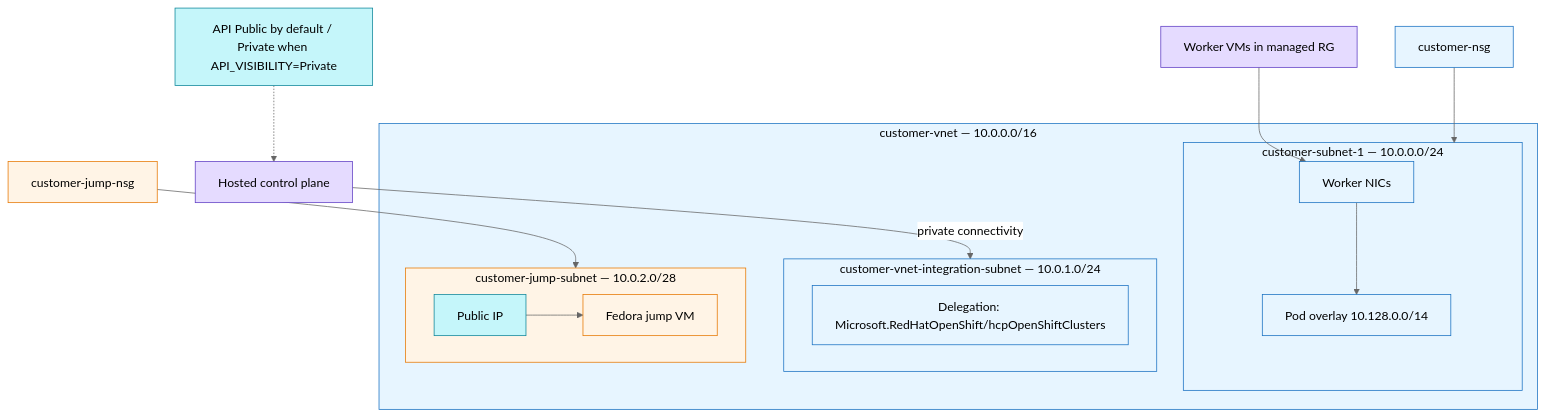
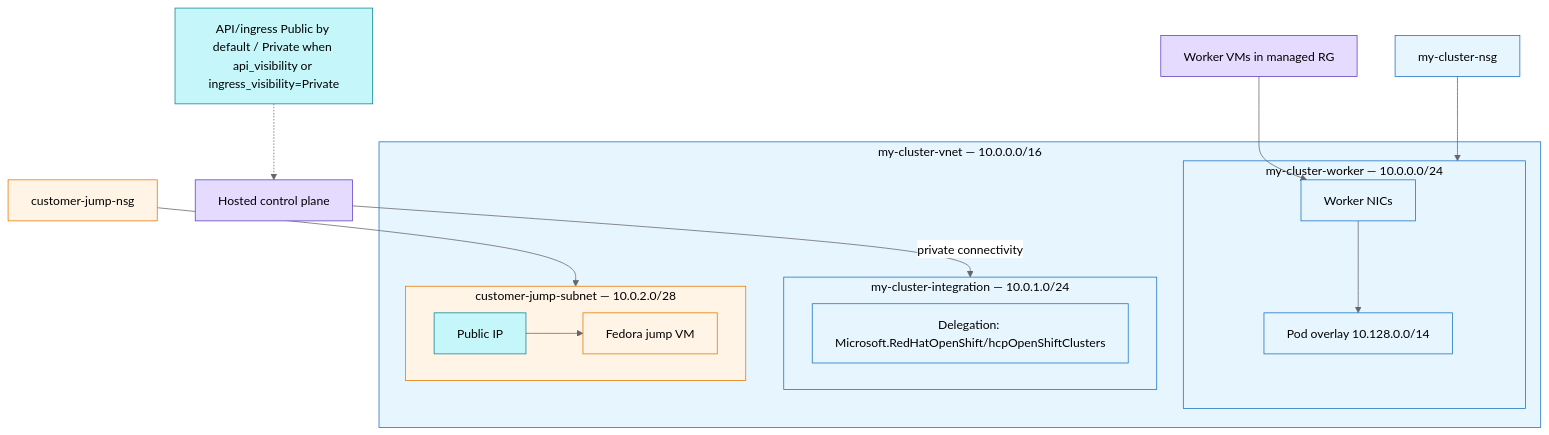
Before and after one commit to rh-mobb/aro-hcp: the fifth of 12 diagrams in docs/architecture.md, drawn with Mermaid (neutral theme). The commit also changed other lines of this file and 95 other files, not shown here.

````diff
--- a/docs/architecture.md
+++ b/docs/architecture.md
@@ -331,34 +342,34 @@
 ```mermaid
 flowchart TB
-    subgraph vnet["customer-vnet — 10.0.0.0/16"]
-        subgraph worker["customer-subnet-1 — 10.0.0.0/24"]
+    subgraph vnet["my-cluster-vnet — 10.0.0.0/16"]
+        subgraph worker["my-cluster-worker — 10.0.0.0/24"]
             nics["Worker NICs"]
             pods["Pod overlay 10.128.0.0/14"]
         end
-        subgraph vis["customer-vnet-integration-subnet — 10.0.1.0/24"]
+        subgraph vis["my-cluster-integration — 10.0.1.0/24"]
             del["Delegation: Microsoft.RedHatOpenShift/hcpOpenShiftClusters"]
         end
         subgraph jump["customer-jump-subnet — 10.0.2.0/28"]
             jumpVm["Fedora jump VM"]
             jumpPip["Public IP"]
         end
     end
 
-    nsg["customer-nsg"] --> worker
+    nsg["my-cluster-nsg"] --> worker
     jumpNsg["customer-jump-nsg"] --> jump
     hcp["Hosted control plane"] -->|"private connectivity"| vis
-    api["API Public by default / Private when API_VISIBILITY=Private"] -.-> hcp
+    api["API/ingress Public by default / Private when api_visibility or ingress_visibility=Private"] -.-> hcp
     workers["Worker VMs in managed RG"] --> nics
     nics --> pods
     jumpPip --> jumpVm
 
     classDef net fill:#e7f5ff,stroke:#1971c2,color:#000
     classDef rp fill:#e5dbff,stroke:#5f3dc4,color:#000
     classDef pub fill:#c5f6fa,stroke:#0c8599,color:#000
     classDef opt fill:#fff4e6,stroke:#e67700,color:#000
     class vnet,worker,vis,nsg,del net
     class hcp,workers rp
     class api,jumpPip pub
     class jump,jumpVm,jumpNsg opt
     class nics,pods net
 ```
````
